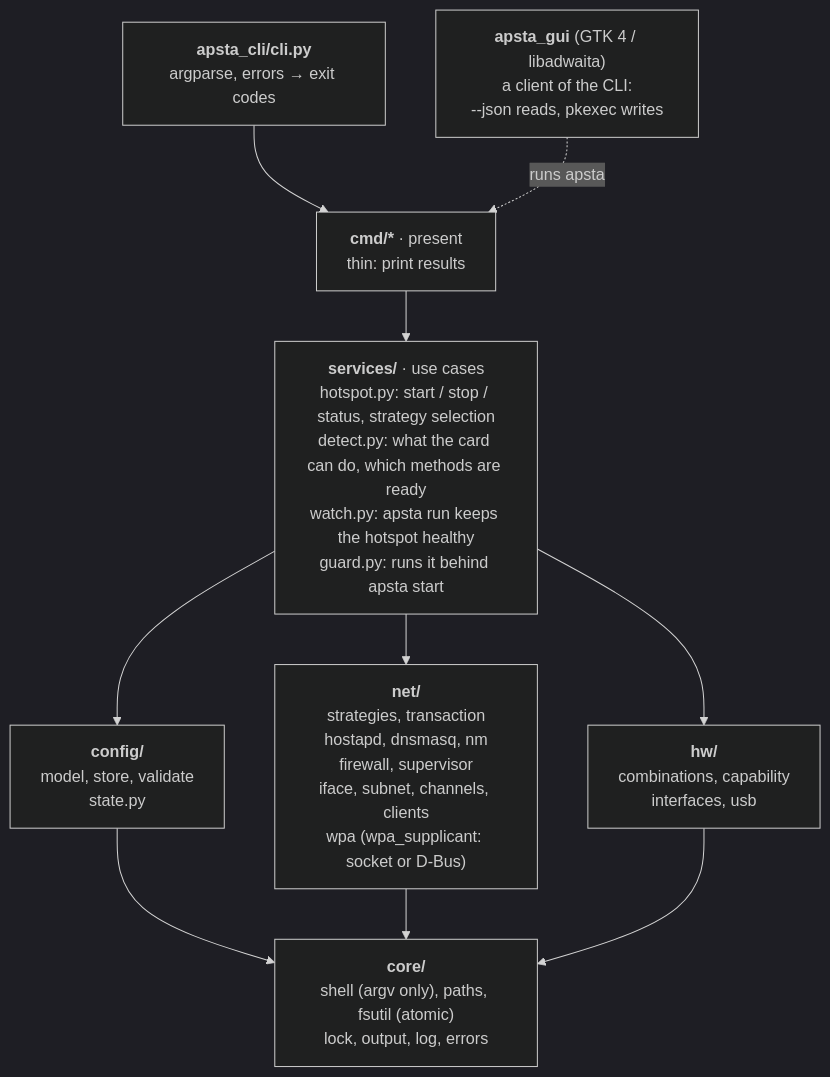
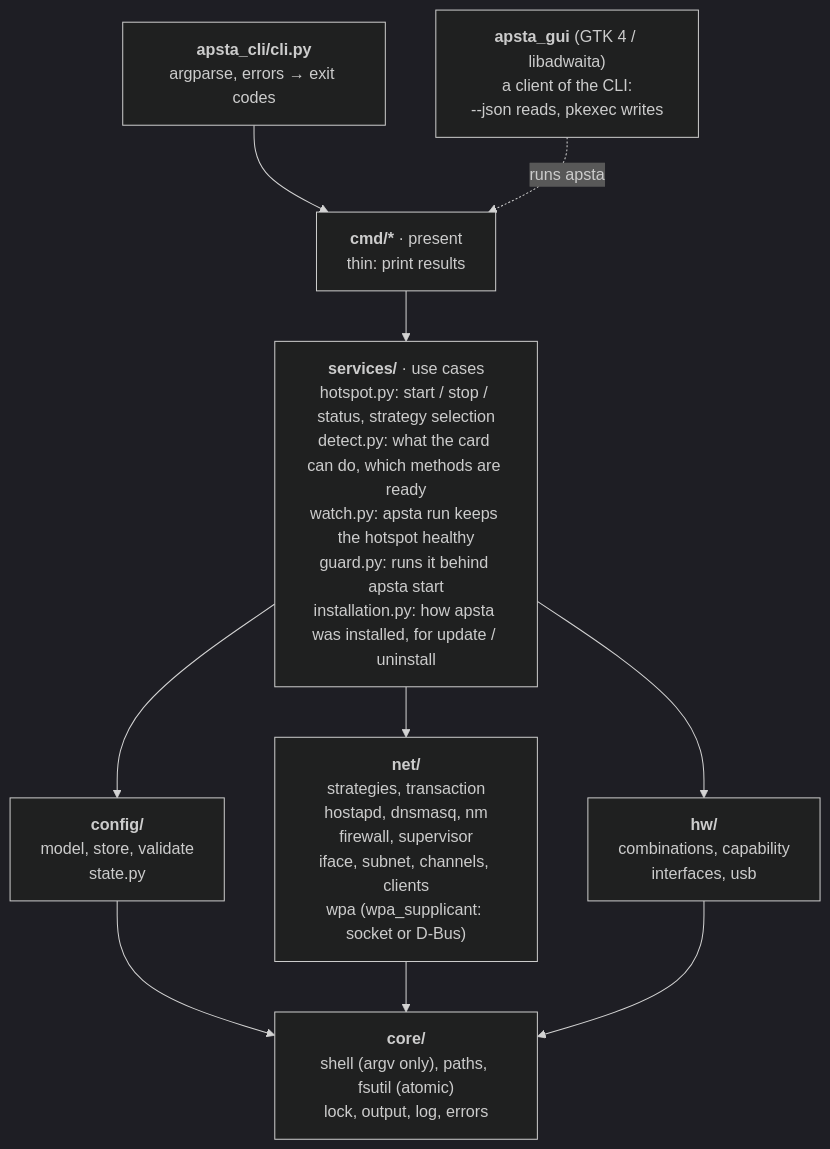
The first of 4 diagrams in docs/ARCHITECTURE.md (krotrn/apsta), drawn with Mermaid (dark theme) before and after one commit. The commit also changed 19 other files, not shown here.

First line of the commit message:
feat: one-command install, apsta update / uninstall, packaged completions

````diff
--- a/docs/ARCHITECTURE.md
+++ b/docs/ARCHITECTURE.md
@@ -8,17 +8,17 @@
 ```mermaid
 flowchart TD
     CLI["<b>apsta_cli/cli.py</b><br/>argparse, errors → exit codes"]
     GUI["<b>apsta_gui</b> (GTK 4 / libadwaita)<br/>a client of the CLI:<br/>--json reads, pkexec writes"]
     CMD["<b>cmd/*</b> · present<br/>thin: print results"]
-    SVC["<b>services/</b> · use cases<br/>hotspot.py: start / stop / status, strategy selection<br/>detect.py: what the card can do, which methods are ready<br/>watch.py: apsta run keeps the hotspot healthy<br/>guard.py: runs it behind apsta start"]
+    SVC["<b>services/</b> · use cases<br/>hotspot.py: start / stop / status, strategy selection<br/>detect.py: what the card can do, which methods are ready<br/>watch.py: apsta run keeps the hotspot healthy<br/>guard.py: runs it behind apsta start<br/>installation.py: how apsta was installed, for update / uninstall"]
     CFG["<b>config/</b><br/>model, store, validate<br/>state.py"]
     NET["<b>net/</b><br/>strategies, transaction<br/>hostapd, dnsmasq, nm<br/>firewall, supervisor<br/>iface, subnet, channels, clients<br/>wpa (wpa_supplicant: socket or D-Bus)"]
     HW["<b>hw/</b><br/>combinations, capability<br/>interfaces, usb"]
     CORE["<b>core/</b><br/>shell (argv only), paths, fsutil (atomic)<br/>lock, output, log, errors"]
 
     CLI --> CMD
     GUI -. "runs apsta" .-> CMD
     CMD --> SVC
     SVC --> CFG & NET & HW
     CFG & NET & HW --> CORE
 ```
````
